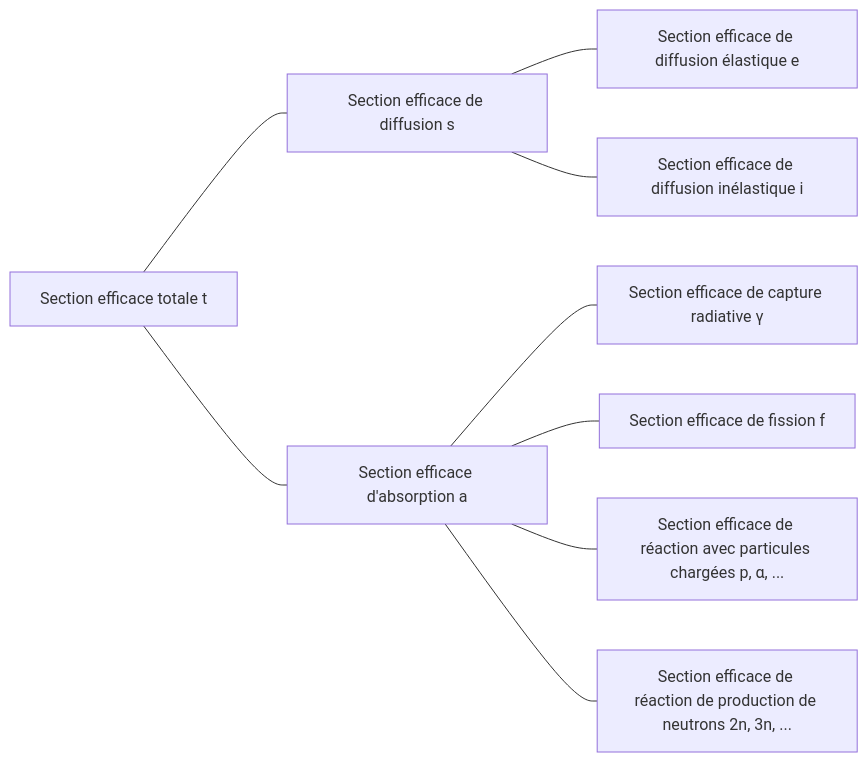
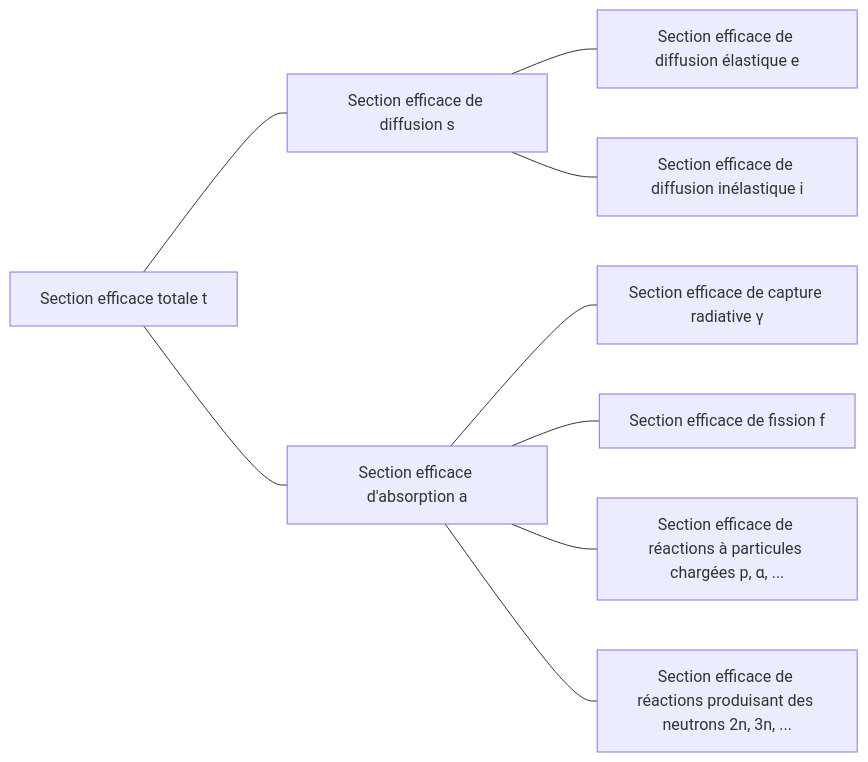
The diagram in _posts/fr/2022-03-19-Neutron-Interactions-and-Cross-sections.md (yunseo-kim/yunseo-kim.github.io), drawn with Mermaid before and after one commit. The commit also changed other lines of this file and 8 other files, not shown here.

````diff
--- a/_posts/fr/2022-03-19-Neutron-Interactions-and-Cross-sections.md
+++ b/_posts/fr/2022-03-19-Neutron-Interactions-and-Cross-sections.md
@@ -78,13 +44,13 @@
 ```mermaid
 flowchart LR
 	total["Section efficace totale t"] --- s["Section efficace de diffusion s"]
 	total --- a["Section efficace d'absorption a"]
 
 	s --- e["Section efficace de diffusion élastique e"]
 	s --- i["Section efficace de diffusion inélastique i"]
 
 	a --- gamma["Section efficace de capture radiative γ"]
 	a --- f["Section efficace de fission f"]
-	a --- p["Section efficace de réaction avec particules chargées p, α, ..."]
-	a --- n["Section efficace de réaction de production de neutrons 2n, 3n, ..."]
+	a --- p["Section efficace de réactions à particules chargées p, α, ..."]
+	a --- n["Section efficace de réactions produisant des neutrons 2n, 3n, ..."]
 ```
````
